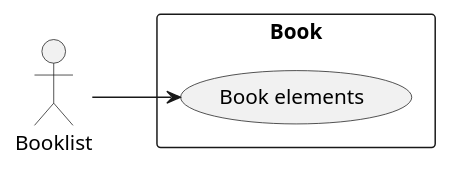
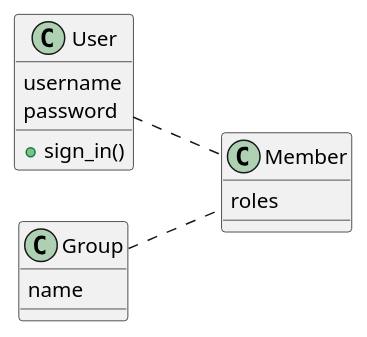
One commit to andysylvester/federated-bookshelves changed the diagram in class-diagrams/example_uml_book_opml.iuml. Above: the diagram before and after it, drawn with PlantUML.

Commit message:
Addition of cheat sheet code for class

```diff
--- a/class-diagrams/example_uml_book_opml.iuml
+++ b/class-diagrams/example_uml_book_opml.iuml
@@ -1,8 +1,19 @@
 @startuml
 left to right direction
-actor "Booklist" as fc
-rectangle Book {
-  usecase "Book elements" as UC1
+class User {
+  username
+  password
+  +sign_in()
 }
-fc --> UC1
+
+class Group {
+  name
+}
+
+class Member {
+  roles
+}
+
+User .. Member
+Group .. Member
 @enduml
```
